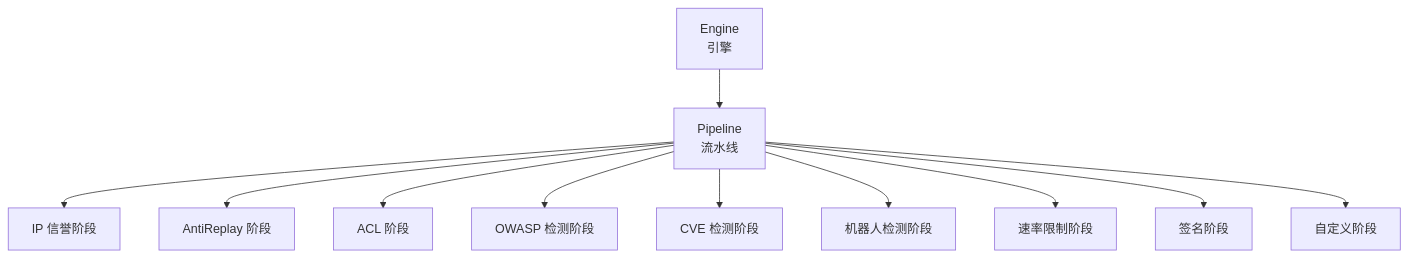
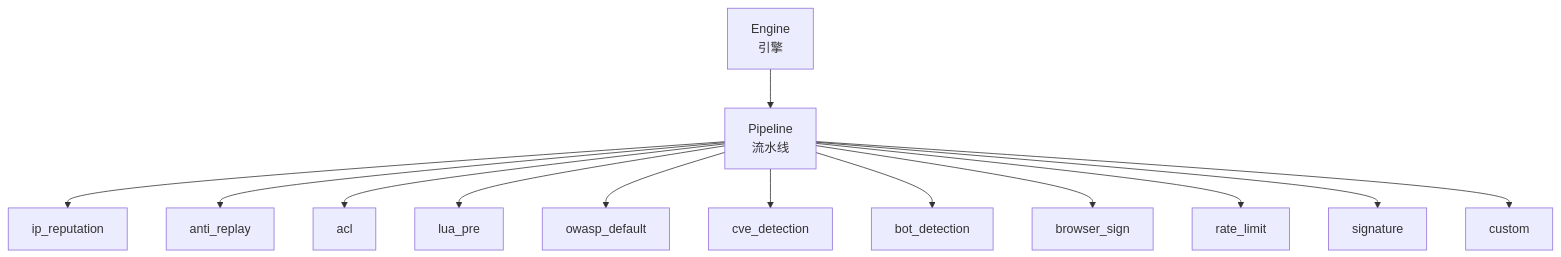
One commit to x01n/My-OpenWaf changed the first of 10 diagrams in docs/WAF 引擎系统/处理阶段详解/处理阶段详解.md. Above: the diagram before and after it, drawn with Mermaid. The commit also changed other lines of this file and 622 other files, not shown here.

````diff
--- a/docs/WAF 引擎系统/处理阶段详解/处理阶段详解.md
+++ b/docs/WAF 引擎系统/处理阶段详解/处理阶段详解.md
@@ -39,13 +52,15 @@
 ```mermaid
 graph TB
 Engine["Engine<br/>引擎"] --> Pipeline["Pipeline<br/>流水线"]
-Pipeline --> Phase_IPRep["IP 信誉阶段"]
-Pipeline --> Phase_AR["AntiReplay 阶段"]
-Pipeline --> Phase_ACL["ACL 阶段"]
-Pipeline --> Phase_OWASP["OWASP 检测阶段"]
-Pipeline --> Phase_CVE["CVE 检测阶段"]
-Pipeline --> Phase_Bot["机器人检测阶段"]
-Pipeline --> Phase_Rate["速率限制阶段"]
-Pipeline --> Phase_Sig["签名阶段"]
-Pipeline --> Phase_Custom["自定义阶段"]
+Pipeline --> P1["ip_reputation"]
+Pipeline --> P2["anti_replay"]
+Pipeline --> P3["acl"]
+Pipeline --> P4["lua_pre"]
+Pipeline --> P5["owasp_default"]
+Pipeline --> P6["cve_detection"]
+Pipeline --> P7["bot_detection"]
+Pipeline --> P8["browser_sign"]
+Pipeline --> P9["rate_limit"]
+Pipeline --> P10["signature"]
+Pipeline --> P11["custom"]
 ```
````
